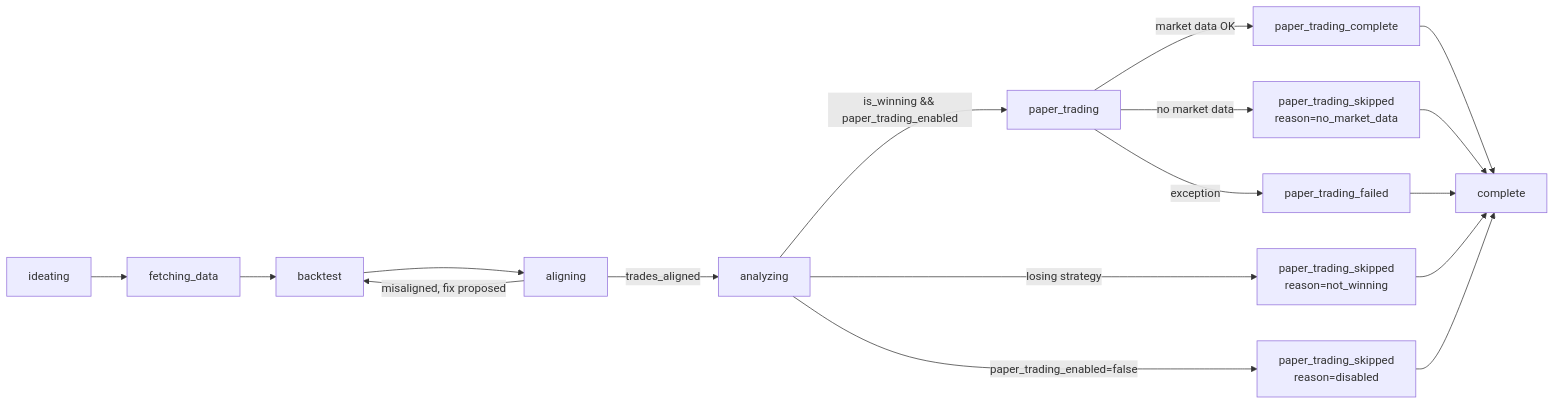
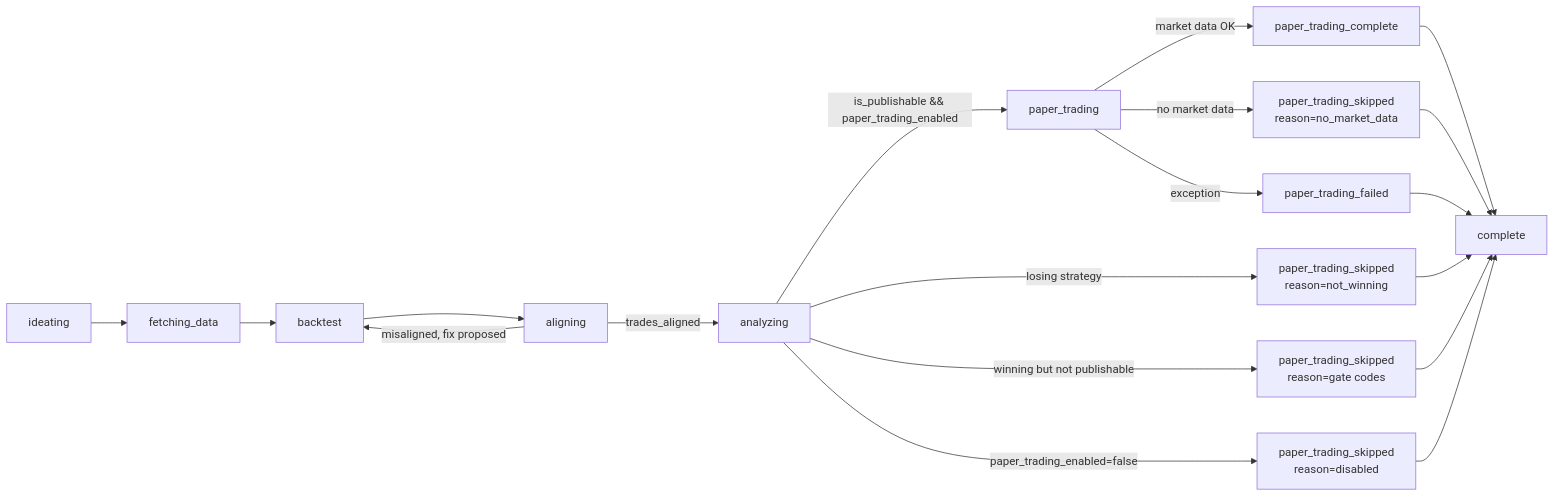
Before and after one commit to brandonkindred/Khala-Agentic-AI-Teams: the diagram in backend/agents/investment_team/system_design/strategy_lab_pipeline.md, drawn with Mermaid. The commit also changed other lines of this file and 16 other files, not shown here.

First line of the commit message:
Gate Strategy Lab paper-trading on is_publishable robustness checks.

````diff
--- a/backend/agents/investment_team/system_design/strategy_lab_pipeline.md
+++ b/backend/agents/investment_team/system_design/strategy_lab_pipeline.md
@@ -10,19 +10,21 @@
 ```mermaid
 flowchart LR
     A[ideating] --> B[fetching_data]
     B --> C[backtest]
     C --> AL[aligning]
     AL -->|trades_aligned| D[analyzing]
     AL -->|misaligned, fix proposed| C
-    D -->|is_winning && paper_trading_enabled| E[paper_trading]
+    D -->|is_publishable && paper_trading_enabled| E[paper_trading]
     D -->|losing strategy| S1[paper_trading_skipped<br/>reason=not_winning]
+    D -->|winning but not publishable| S4[paper_trading_skipped<br/>reason=gate codes]
     D -->|paper_trading_enabled=false| S2[paper_trading_skipped<br/>reason=disabled]
     E -->|market data OK| F[paper_trading_complete]
     E -->|no market data| S3[paper_trading_skipped<br/>reason=no_market_data]
     E -->|exception| X[paper_trading_failed]
     F --> Z[complete]
     S1 --> Z
     S2 --> Z
     S3 --> Z
+    S4 --> Z
     X --> Z
 ```
````
